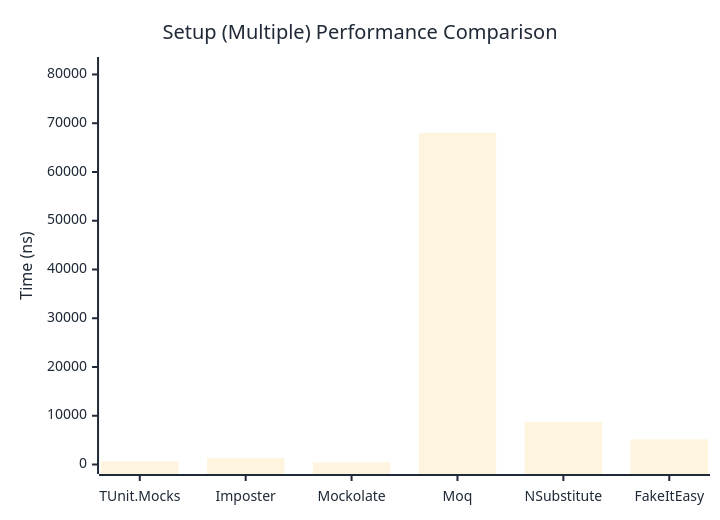
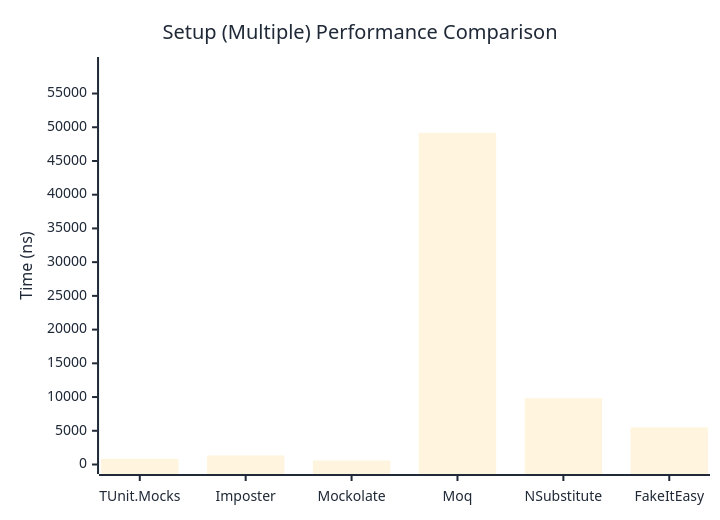
Before and after one commit to thomhurst/TUnit: the second of 2 diagrams in docs/docs/benchmarks/mocks/Setup.md, drawn with Mermaid. The commit also changed other lines of this file and 14 other files, not shown here.

````diff
--- a/docs/docs/benchmarks/mocks/Setup.md
+++ b/docs/docs/benchmarks/mocks/Setup.md
@@ -71,27 +71,27 @@
 ```mermaid
 %%{init: {
   'theme':'base',
   'themeVariables': {
     'primaryColor': '#2563eb',
     'primaryTextColor': '#1f2937',
     'primaryBorderColor': '#1e40af',
     'lineColor': '#6b7280',
     'secondaryColor': '#7c3aed',
     'tertiaryColor': '#dc2626',
     'background': '#ffffff',
     'pie1': '#2563eb',
     'pie2': '#7c3aed',
     'pie3': '#dc2626',
     'pie4': '#f59e0b',
     'pie5': '#10b981',
     'pie6': '#06b6d4',
     'pie7': '#ec4899',
     'pie8': '#6366f1'
   }
 }}%%
 xychart-beta
   title "Setup (Multiple) Performance Comparison"
   x-axis ["TUnit.Mocks", "Imposter", "Mockolate", "Moq", "NSubstitute", "FakeItEasy"]
-  y-axis "Time (ns)" 0 --> 81634
-  bar [636.5, 1328.1, 442.1, 68027.6, 8695.7, 5168.4]
+  y-axis "Time (ns)" 0 --> 59007
+  bar [851.2, 1339.3, 590, 49172.5, 9824.5, 5495.6]
 ```
````
